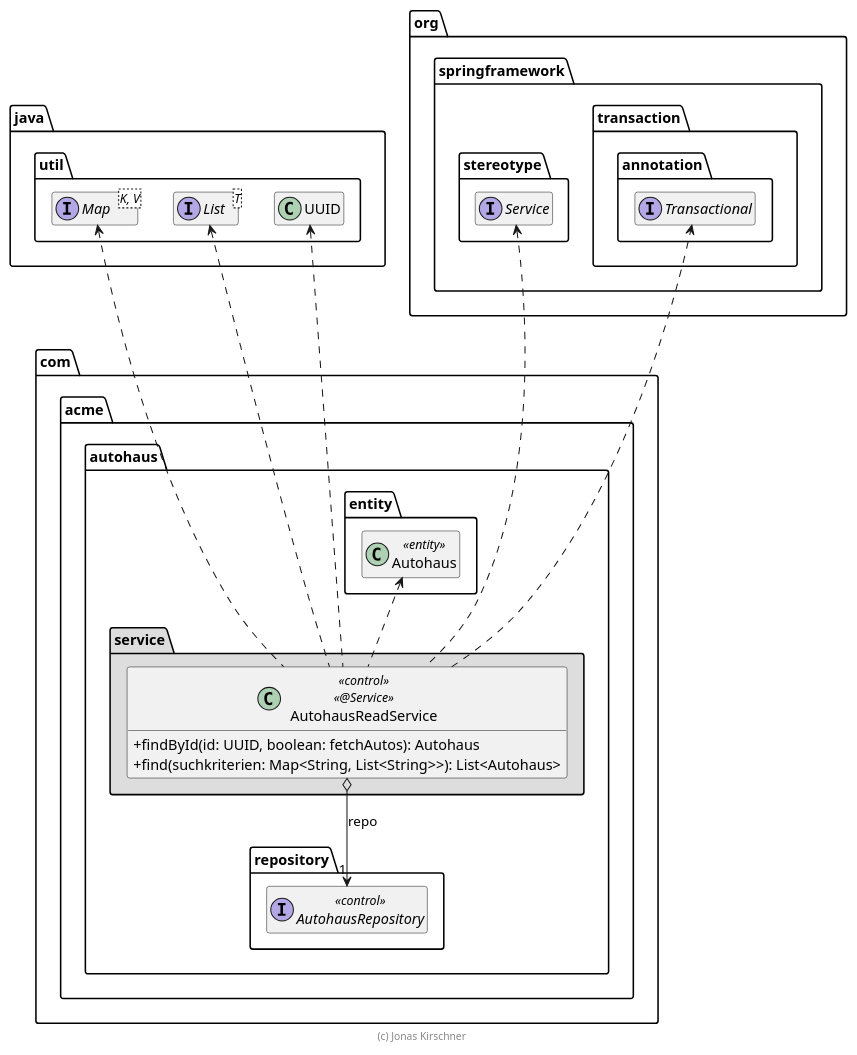
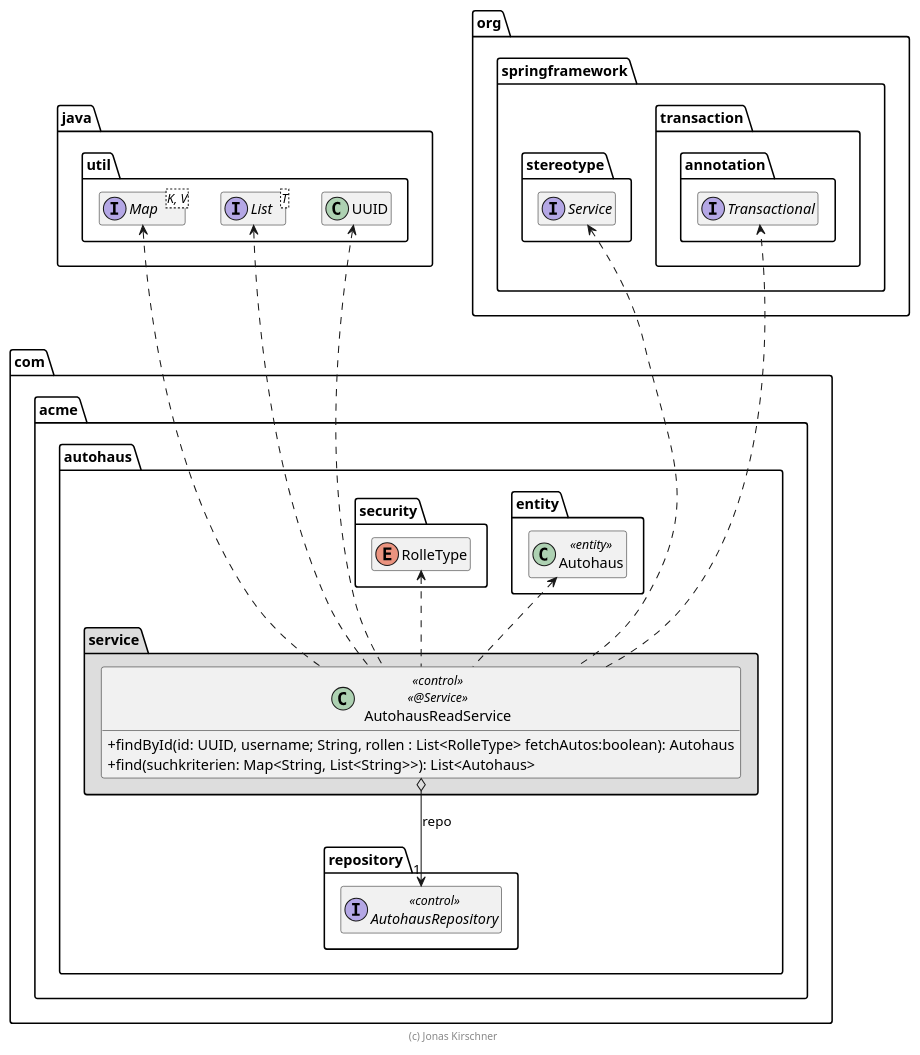
One commit to JBones35/AutohausJavaSwa changed the diagram in extras/doc/AutohausReadService.plantuml. Above: the diagram before and after it, drawn with PlantUML. The commit also changed 62 other files, not shown here.

```diff
--- a/extras/doc/AutohausReadService.plantuml
+++ b/extras/doc/AutohausReadService.plantuml
@@ -1,54 +1,59 @@
 @startuml AutohausReadService
 
 skinparam classAttributeIconSize 0
 
 package java.util {
     interface List<T>
     interface Map<K, V>
     class UUID
 }
 
 package org.springframework {
     package stereotype {
         interface Service
     }
 
     package transaction.annotation {
         interface Transactional
     }
 }
 
 package com.acme.autohaus {
     package entity {
         class Autohaus << entity >>
 
         Autohaus .up[hidden].> UUID
         Autohaus .up[hidden].> Service
         Autohaus .up[hidden].> Transactional
     }
 
+    package security {
+        enum RolleType
+    }
+
     package repository {
         interface AutohausRepository << control >>
     }
 
     package service #DDDDDD {
         class AutohausReadService << control >> << @Service >> {
-            + findById(id: UUID, boolean: fetchAutos): Autohaus
+            + findById(id: UUID, username; String, rollen : List<RolleType> fetchAutos:boolean): Autohaus
             + find(suchkriterien: Map<String, List<String>>): List<Autohaus>
         }
 
         AutohausReadService o--> "1" AutohausRepository : repo
         AutohausReadService .up.> Autohaus
         AutohausReadService .up.> UUID
         AutohausReadService .up.> List
         AutohausReadService .up.> Map
         AutohausReadService .up.> Service
+        AutohausReadService .up.> RolleType
         AutohausReadService ..> Transactional
     }
 }
 
 hide empty members
 
 footer (c) Jonas Kirschner
 
 @enduml
```
